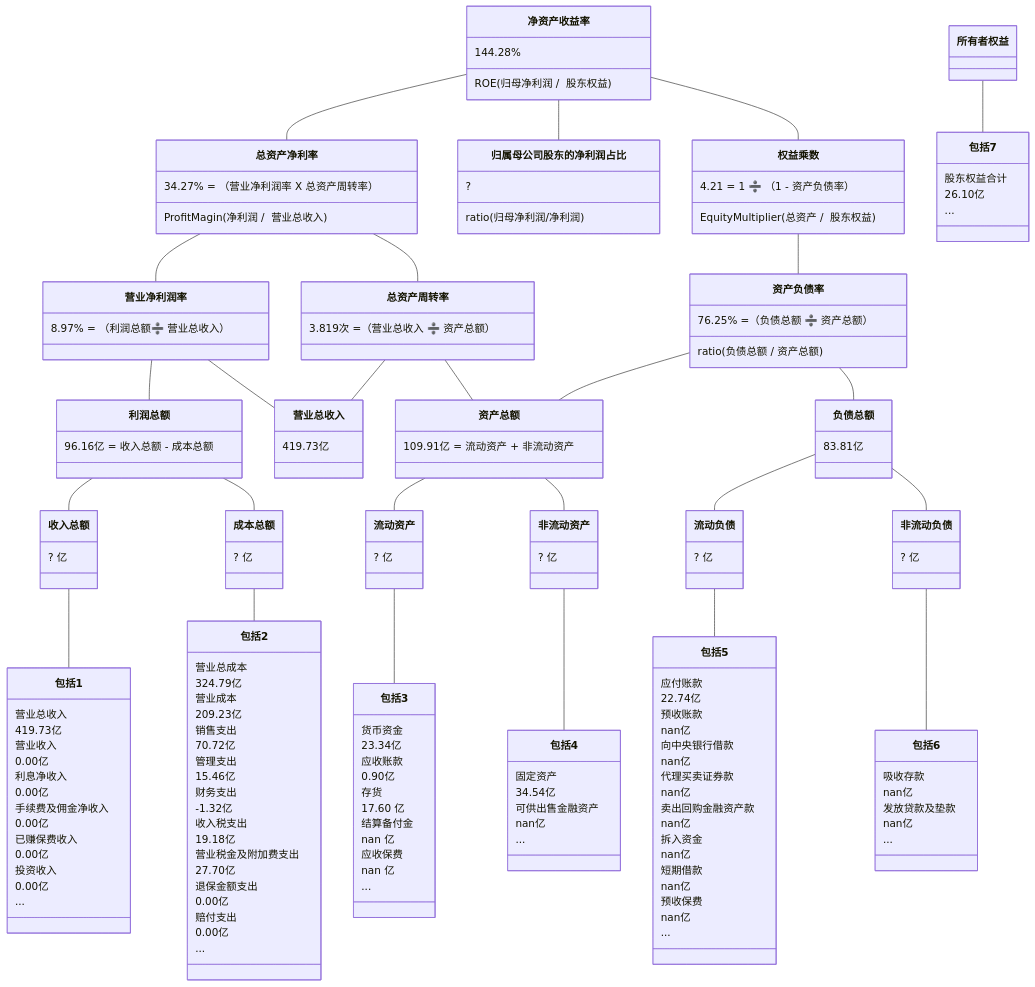
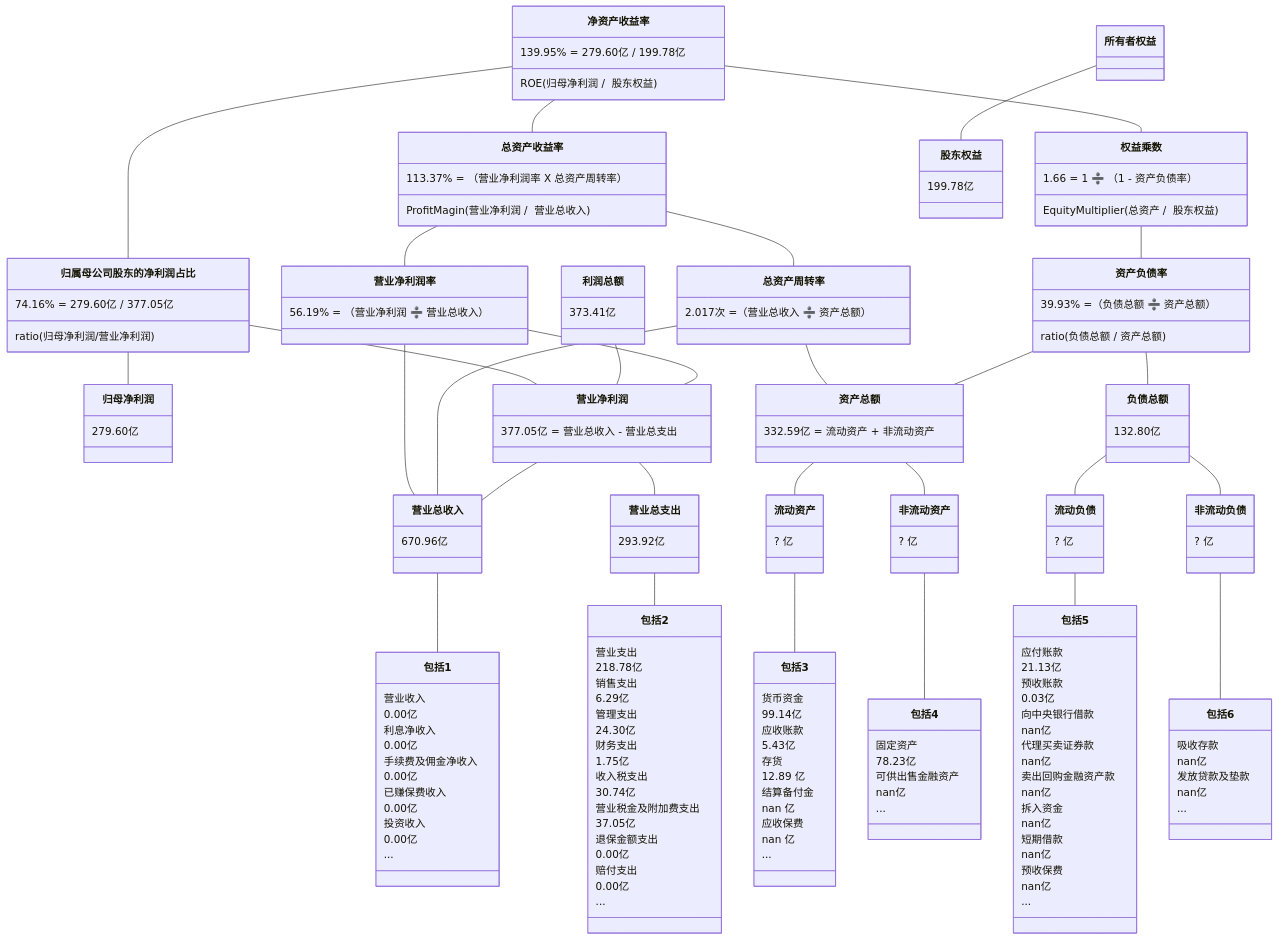
One commit to TheVeryDarkness/cs410 changed the fourth of 10 diagrams in 2/2.md. Above: the diagram before and after it, drawn with Mermaid. The commit also changed other lines of this file and 262 other files, not shown here.

````diff
--- a/2/2.md
+++ b/2/2.md
@@ -397,53 +459,55 @@
 ```mermaid
 classDiagram
-净资产收益率 -- 总资产净利率
-    净资产收益率 : 144.28%
+净资产收益率 -- 总资产收益率
+    净资产收益率 : 139.95% = 279.60亿 / 199.78亿
     净资产收益率 : ROE(归母净利润 /  股东权益)
-    总资产净利率 : 34.27% = （营业净利润率 X 总资产周转率）
-    总资产净利率 : ProfitMagin(净利润 /  营业总收入)
+    总资产收益率 : 113.37% = （营业净利润率 X 总资产周转率）
+    总资产收益率 : ProfitMagin(营业净利润 /  营业总收入)
 净资产收益率 -- 归属母公司股东的净利润占比
-	归属母公司股东的净利润占比 : ?
-	归属母公司股东的净利润占比 : ratio(归母净利润/净利润)
+	  归属母公司股东的净利润占比 : 74.16% = 279.60亿 / 377.05亿
+	  归属母公司股东的净利润占比 : ratio(归母净利润/营业净利润)
+归属母公司股东的净利润占比 -- 归母净利润
+    归母净利润 : 279.60亿
+归属母公司股东的净利润占比 -- 营业净利润
+利润总额 : 373.41亿
+利润总额 -- 营业净利润
 净资产收益率 -- 权益乘数
-    权益乘数 : 4.21 = 1 ➗ （1 - 资产负债率）
+    权益乘数 : 1.66 = 1 ➗ （1 - 资产负债率）
     权益乘数 : EquityMultiplier(总资产 /  股东权益)
-    
-总资产净利率 -- 营业净利润率
-    营业净利润率 : 8.97% = （利润总额➗ 营业总收入）
-总资产净利率 -- 总资产周转率
-    总资产周转率 : 3.819次 =（营业总收入 ➗ 资产总额）
+
+总资产收益率 -- 营业净利润率
+    营业净利润率 : 56.19% = （营业净利润 ➗ 营业总收入）
+总资产收益率 -- 总资产周转率
+    总资产周转率 : 2.017次 =（营业总收入 ➗ 资产总额）
 权益乘数 -- 资产负债率
-    资产负债率  : 76.25% =（负债总额 ➗ 资产总额）
+    资产负债率  : 39.93% =（负债总额 ➗ 资产总额）
     资产负债率  : ratio(负债总额 / 资产总额)
 
-营业净利润率 -- 利润总额
-   利润总额 : 96.16亿 = 收入总额 - 成本总额
+营业净利润率 -- 营业净利润
+    营业净利润 : 377.05亿 = 营业总收入 - 营业总支出
 营业净利润率 -- 营业总收入
-    营业总收入 : 419.73亿
 总资产周转率 -- 营业总收入
 总资产周转率 -- 资产总额
-    资产总额 : 109.91亿 = 流动资产 + 非流动资产
-资产负债率 -- 　负债总额
-    负债总额 : 83.81亿
-资产负债率 -- 　资产总额
+    资产总额 : 332.59亿 = 流动资产 + 非流动资产
+资产负债率 -- 负债总额
+    负债总额 : 132.80亿
+资产负债率 -- 资产总额
 
 
-利润总额 -- 收入总额
-    收入总额 : ? 亿
-利润总额 -- 成本总额
-    成本总额 : ? 亿
+营业净利润 -- 营业总收入
+    营业总收入 : 670.96亿
+营业净利润 -- 营业总支出
+    营业总支出 : 293.92亿
 资产总额 -- 流动资产
-	流动资产 : ? 亿
+	  流动资产 : ? 亿
 资产总额 -- 非流动资产
-	非流动资产 : ? 亿
+	  非流动资产 : ? 亿
 负债总额 -- 流动负债
-	流动负债 : ? 亿
+	  流动负债 : ? 亿
 负债总额 -- 非流动负债
-	非流动负债 : ? 亿
+	  非流动负债 : ? 亿
 
-收入总额 -- 包括1
-    包括1 : 营业总收入
-    包括1 : 419.73亿
+营业总收入 -- 包括1
     包括1 : 营业收入
     包括1 : 0.00亿
     包括1 : 利息净收入
@@ -455,21 +519,19 @@
     包括1 : 投资收入
     包括1 : 0.00亿
     包括1 : ...
-成本总额 -- 包括2
-    包括2 : 营业总成本
-    包括2 : 324.79亿
-    包括2 : 营业成本
-    包括2 : 209.23亿
+营业总支出 -- 包括2
+    包括2 : 营业支出
+    包括2 : 218.78亿
     包括2 : 销售支出
-    包括2 : 70.72亿
+    包括2 : 6.29亿
     包括2 : 管理支出
-    包括2 : 15.46亿
+    包括2 : 24.30亿
     包括2 : 财务支出
-    包括2 : -1.32亿
+    包括2 : 1.75亿
     包括2 : 收入税支出
-    包括2 : 19.18亿
+    包括2 : 30.74亿
     包括2 : 营业税金及附加费支出
-    包括2 : 27.70亿
+    包括2 : 37.05亿
     包括2 : 退保金额支出
     包括2 : 0.00亿
     包括2 : 赔付支出
@@ -477,11 +539,11 @@
     包括2 : ...
 流动资产 -- 包括3
     包括3 : 货币资金
-    包括3 : 23.34亿
+    包括3 : 99.14亿
     包括3 : 应收账款
-    包括3 : 0.90亿
+    包括3 : 5.43亿
     包括3 : 存货
-    包括3 : 17.60 亿
+    包括3 : 12.89 亿
     包括3 : 结算备付金
     包括3 : nan 亿
     包括3 : 应收保费
@@ -489,15 +551,15 @@
     包括3 : ...
 非流动资产 -- 包括4
     包括4 : 固定资产
-    包括4 : 34.54亿
+    包括4 : 78.23亿
     包括4 : 可供出售金融资产
     包括4 : nan亿
     包括4 : ...
 流动负债 -- 包括5
     包括5 : 应付账款
-    包括5 : 22.74亿
+    包括5 : 21.13亿
     包括5 : 预收账款
-    包括5 : nan亿
+    包括5 : 0.03亿
     包括5 : 向中央银行借款
     包括5 : nan亿
     包括5 : 代理买卖证券款
@@ -517,8 +579,6 @@
     包括6 : 发放贷款及垫款
     包括6 : nan亿
     包括6 : ...
-所有者权益 -- 包括7
-    包括7 : 股东权益合计
-    包括7 : 26.10亿
-    包括7 : ...
+所有者权益 -- 股东权益
+    股东权益 : 199.78亿
 ```
````
